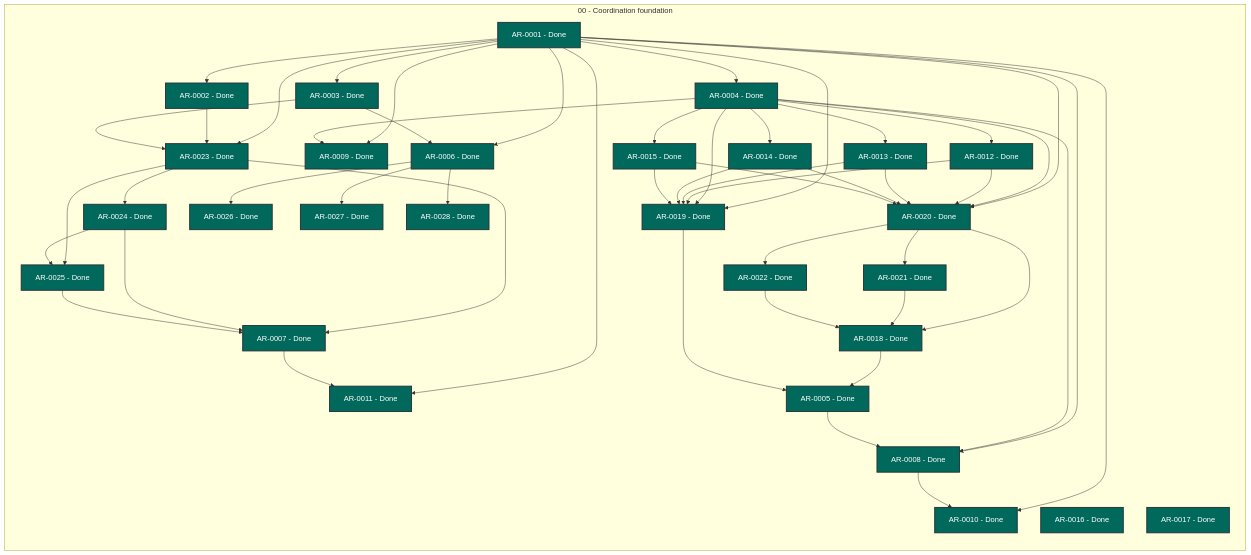
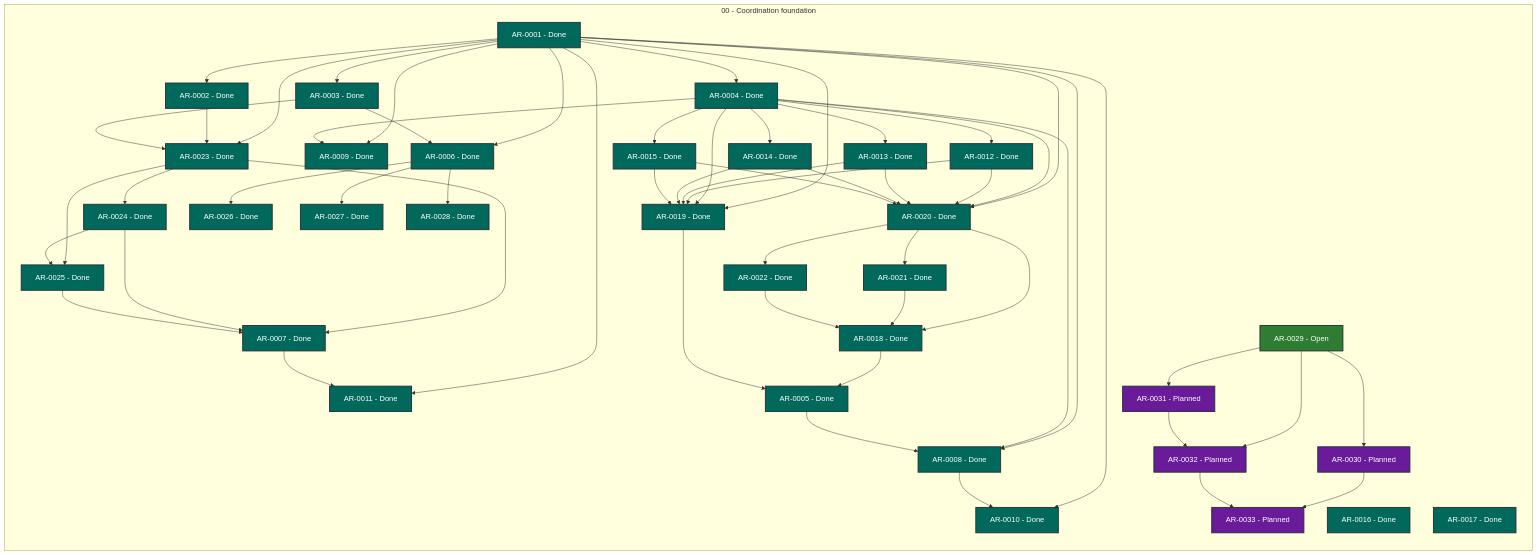
The diagram in STATUS.md (martin-beck/agent-workflow-quality-state), drawn with Mermaid before and after one commit. The commit also changed other lines of this file and 10 other files, not shown here.

```diff
--- a/STATUS.md
+++ b/STATUS.md
@@ -56,6 +56,11 @@
         AR_0026["AR-0026 - Done"]:::status_done
         AR_0027["AR-0027 - Done"]:::status_done
         AR_0028["AR-0028 - Done"]:::status_done
+        AR_0029["AR-0029 - Open"]:::status_open
+        AR_0030["AR-0030 - Planned"]:::status_planned
+        AR_0031["AR-0031 - Planned"]:::status_planned
+        AR_0032["AR-0032 - Planned"]:::status_planned
+        AR_0033["AR-0033 - Planned"]:::status_planned
     end
     AR_0001 --> AR_0002
     AR_0001 --> AR_0003
@@ -106,6 +111,12 @@
     AR_0024 --> AR_0007
     AR_0024 --> AR_0025
     AR_0025 --> AR_0007
+    AR_0029 --> AR_0030
+    AR_0029 --> AR_0031
+    AR_0029 --> AR_0032
+    AR_0030 --> AR_0033
+    AR_0031 --> AR_0032
+    AR_0032 --> AR_0033
     classDef status_in_progress fill:#1565c0,color:#ffffff,stroke:#263238,stroke-width:2px
     classDef status_open fill:#2e7d32,color:#ffffff,stroke:#263238,stroke-width:2px
     classDef status_blocked fill:#c62828,color:#ffffff,stroke:#263238,stroke-width:2px
```
